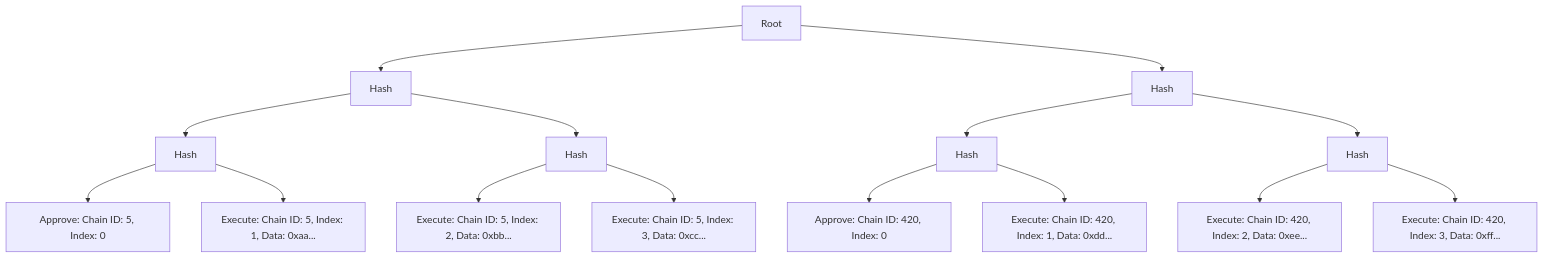
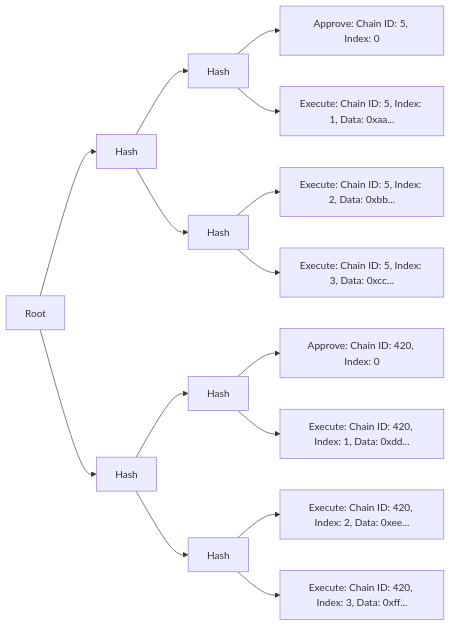
The diagram in specs/merkle-tree.md (sphinx-labs/sphinx), drawn with Mermaid before and after one commit.

````diff
--- a/specs/merkle-tree.md
+++ b/specs/merkle-tree.md
@@ -36,17 +36,17 @@
 ```mermaid
-graph TD
+graph LR
     A[Root] --> B[Hash]
     A[Root] --> C[Hash]
     B[Hash] --> D[Hash]
     B[Hash] --> E[Hash]
     C[Hash] --> F[Hash]
     C[Hash] --> G[Hash]
     D[Hash] --> H["Approve: Chain ID: 5, Index: 0"]
     D[Hash] --> I["Execute: Chain ID: 5, Index: 1, Data: 0xaa..."]
     E[Hash] --> J["Execute: Chain ID: 5, Index: 2, Data: 0xbb..."]
     E[Hash] --> K["Execute: Chain ID: 5, Index: 3, Data: 0xcc..."]
     F[Hash] --> L["Approve: Chain ID: 420, Index: 0"]
     F[Hash] --> M["Execute: Chain ID: 420, Index: 1, Data: 0xdd..."]
     G[Hash] --> N["Execute: Chain ID: 420, Index: 2, Data: 0xee..."]
     G[Hash] --> O["Execute: Chain ID: 420, Index: 3, Data: 0xff..."]
 ```
````
